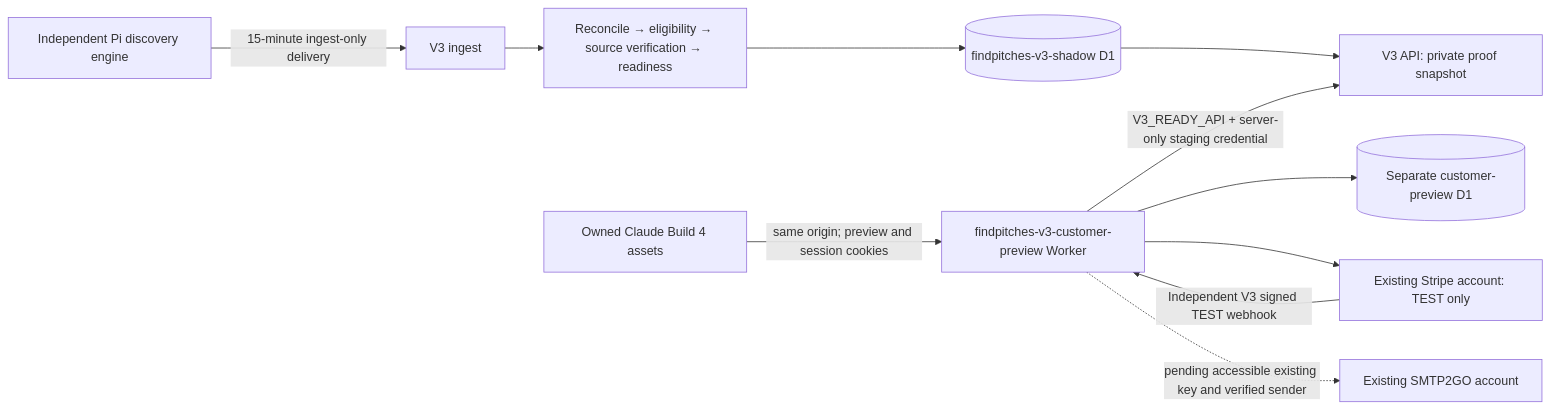
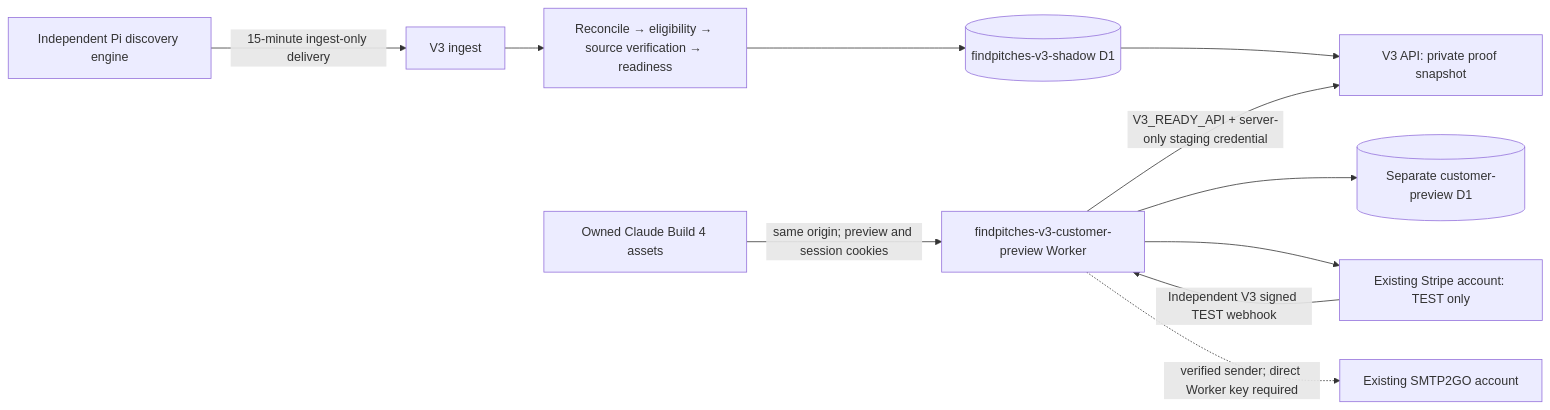
The diagram in docs/findpitches-v3-customer-architecture.md (christucker-sketch/PitchListUK), drawn with Mermaid before and after one commit. The commit also changed other lines of this file and 12 other files, not shown here.

````diff
--- a/docs/findpitches-v3-customer-architecture.md
+++ b/docs/findpitches-v3-customer-architecture.md
@@ -7,13 +7,13 @@
 ```mermaid
 flowchart LR
   Pi[Independent Pi discovery engine] -->|15-minute ingest-only delivery| Ingest[V3 ingest]
   Ingest --> Pipeline[Reconcile → eligibility → source verification → readiness]
   Pipeline --> Evidence[(findpitches-v3-shadow D1)]
   Evidence --> API[V3 API: private proof snapshot]
   Browser[Owned Claude Build 4 assets] -->|same origin; preview and session cookies| Customer[findpitches-v3-customer-preview Worker]
   Customer -->|V3_READY_API + server-only staging credential| API
   Customer --> Customers[(Separate customer-preview D1)]
   Customer --> Stripe[Existing Stripe account: TEST only]
   Stripe -->|Independent V3 signed TEST webhook| Customer
-  Customer -. pending accessible existing key and verified sender .-> Email[Existing SMTP2GO account]
+  Customer -. verified sender; direct Worker key required .-> Email[Existing SMTP2GO account]
 ```
````
